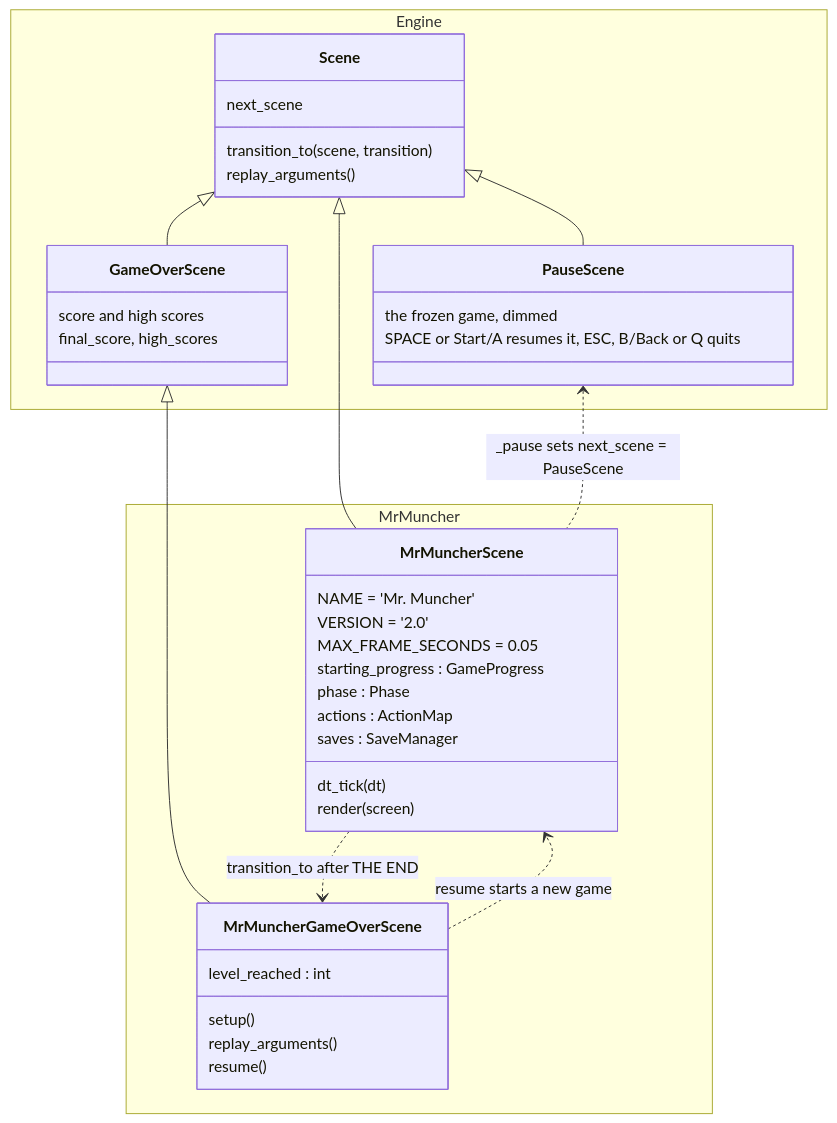
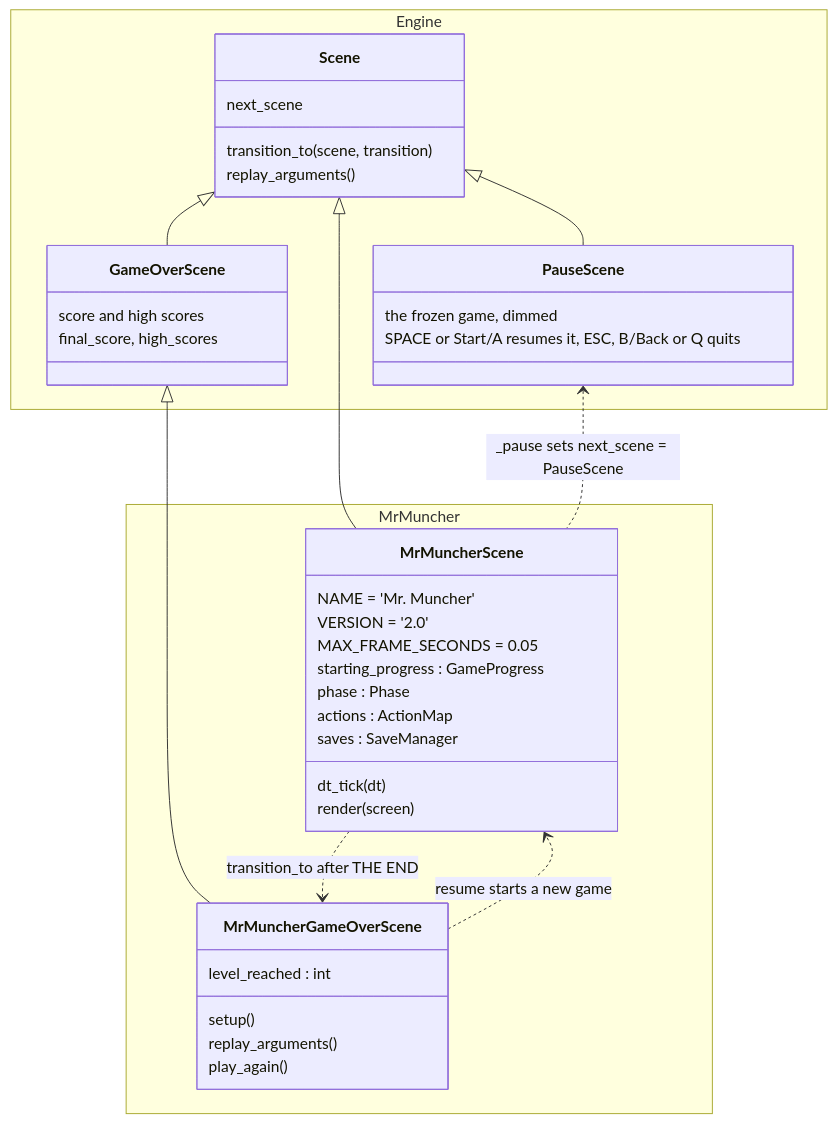
Before and after one commit to terrysimons/glitchygames: the second of 7 diagrams in docs/games/mr_muncher.md, drawn with Mermaid. The commit also changed other lines of this file and 29 other files, not shown here.

````diff
--- a/docs/games/mr_muncher.md
+++ b/docs/games/mr_muncher.md
@@ -175,47 +174,47 @@
 ```mermaid
 classDiagram
     direction TB
     namespace Engine {
         class Scene {
             next_scene
             transition_to(scene, transition)
             replay_arguments()
         }
         class PauseScene {
             the frozen game, dimmed
             SPACE or Start/A resumes it, ESC, B/Back or Q quits
         }
         class GameOverScene {
             score and high scores
             final_score, high_scores
         }
     }
     namespace MrMuncher {
         class MrMuncherScene {
             NAME = 'Mr. Muncher'
             VERSION = '2.0'
             MAX_FRAME_SECONDS = 0.05
             starting_progress : GameProgress
             phase : Phase
             actions : ActionMap
             saves : SaveManager
             dt_tick(dt)
             render(screen)
         }
         class MrMuncherGameOverScene {
             level_reached : int
             setup()
             replay_arguments()
-            resume()
+            play_again()
         }
     }
 
     Scene <|-- PauseScene
     Scene <|-- GameOverScene
     Scene <|-- MrMuncherScene
     GameOverScene <|-- MrMuncherGameOverScene
 
     PauseScene <.. MrMuncherScene : _pause sets next_scene = PauseScene
     MrMuncherScene ..> MrMuncherGameOverScene : transition_to after THE END
     MrMuncherGameOverScene ..> MrMuncherScene : resume starts a new game
 ```
````
